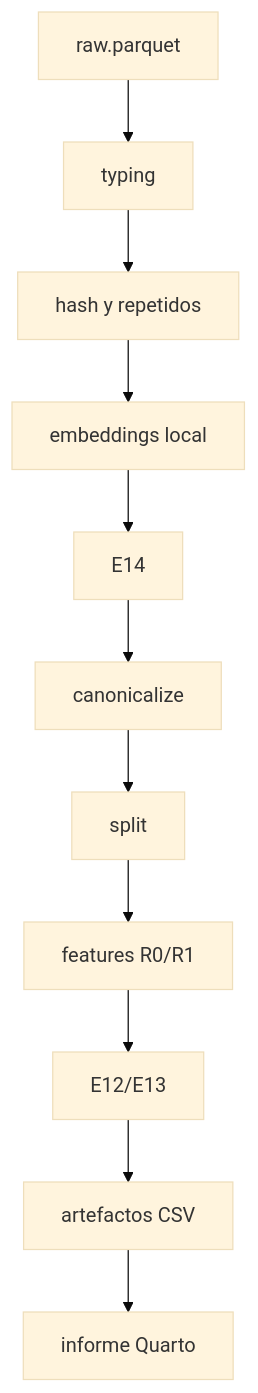
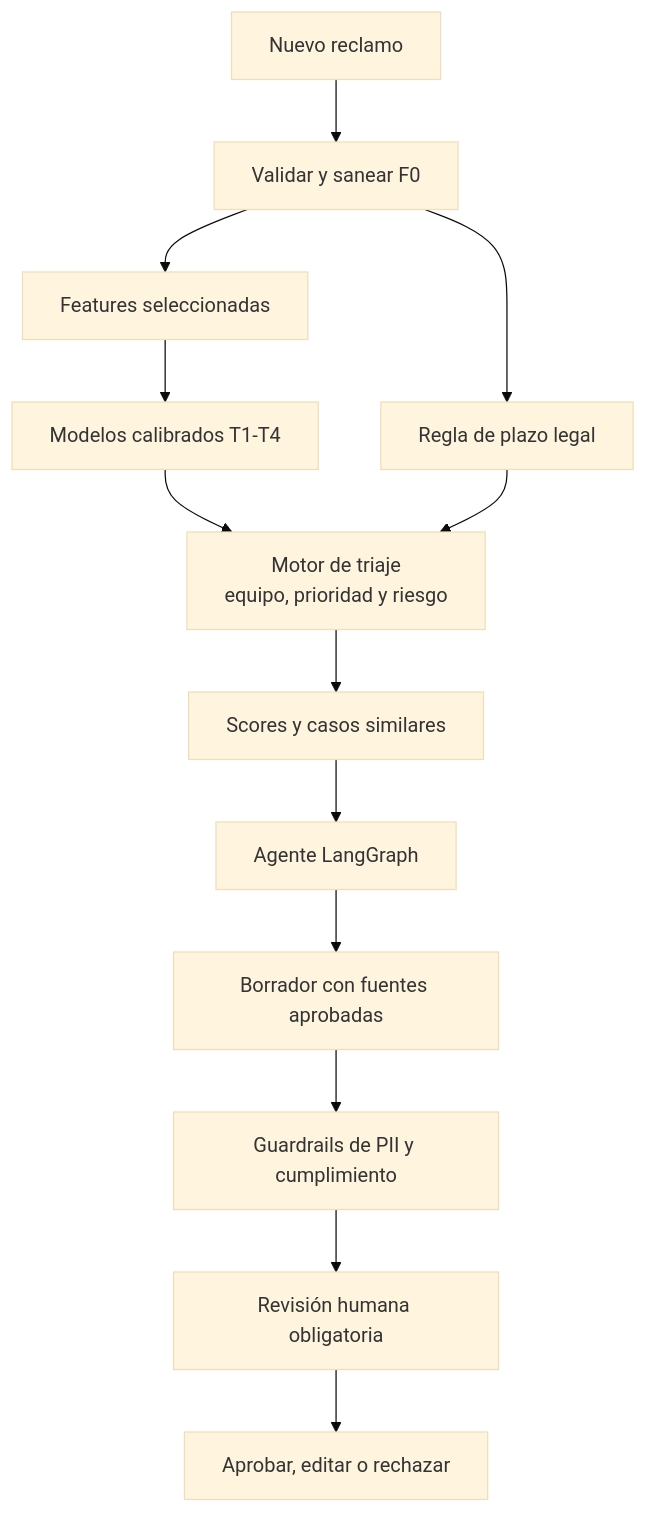
One commit to Codenid/capstone-claims-triage changed the fourth of 4 diagrams in README.md. Above: the diagram before and after it, drawn with Mermaid (base theme). The commit also changed other lines of this file, not shown here.

````diff
--- a/README.md
+++ b/README.md
@@ -153,13 +252,15 @@
 ```mermaid
 flowchart TD
-    A[raw.parquet] --> B[typing]
-    B --> C[hash y repetidos]
-    C --> D[embeddings local]
-    D --> E[E14]
-    E --> F[canonicalize]
-    F --> G[split]
-    G --> H[features R0/R1]
-    H --> I[E12/E13]
-    I --> J[artefactos CSV]
-    J --> K[informe Quarto]
+    A[Nuevo reclamo] --> B[Validar y sanear F0]
+    B --> C[Features seleccionadas]
+    C --> D[Modelos calibrados T1-T4]
+    D --> E[Motor de triaje<br/>equipo, prioridad y riesgo]
+    B --> F[Regla de plazo legal]
+    F --> E
+    E --> G[Scores y casos similares]
+    G --> H[Agente LangGraph]
+    H --> I[Borrador con fuentes aprobadas]
+    I --> J[Guardrails de PII y cumplimiento]
+    J --> K[Revisión humana obligatoria]
+    K --> L[Aprobar, editar o rechazar]
 ```
````
